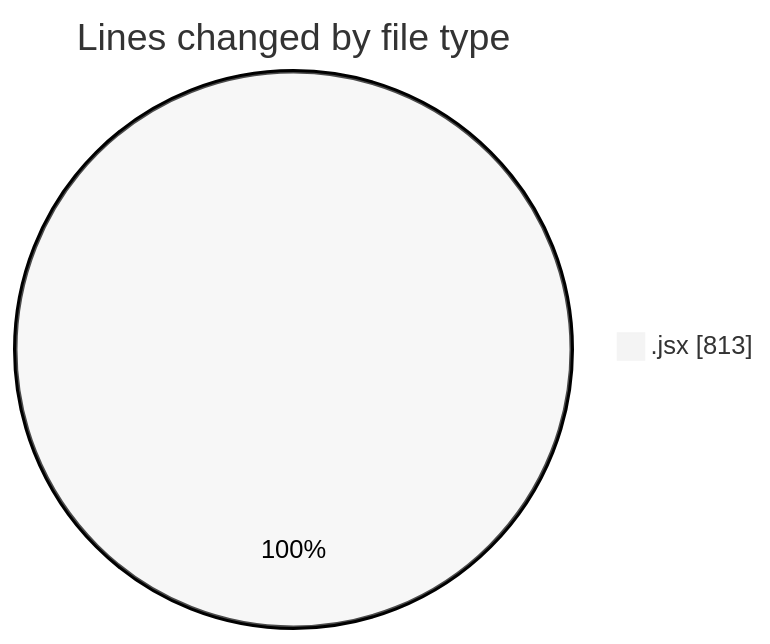
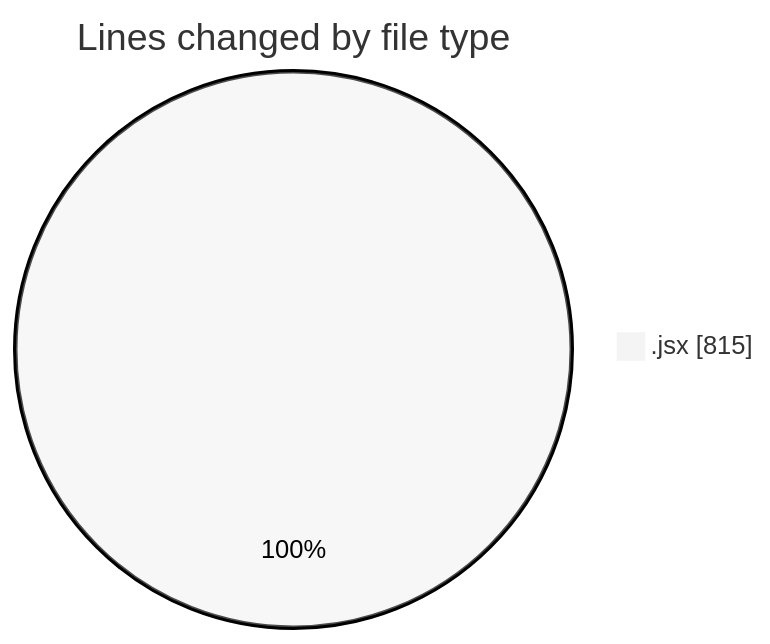
Before and after one commit to nxtqubesakshisongat/code-tracking: the first of 2 diagrams in 2025-12-08/nxtqube_webapp/README.md, drawn with Mermaid (neutral theme). The commit also changed other lines of this file and 1 other file, not shown here.

````diff
--- a/2025-12-08/nxtqube_webapp/README.md
+++ b/2025-12-08/nxtqube_webapp/README.md
@@ -22,5 +22,5 @@
 ```mermaid
 pie showData
 title Lines changed by file type
-".jsx" : 813
+".jsx" : 815
 ```
````
